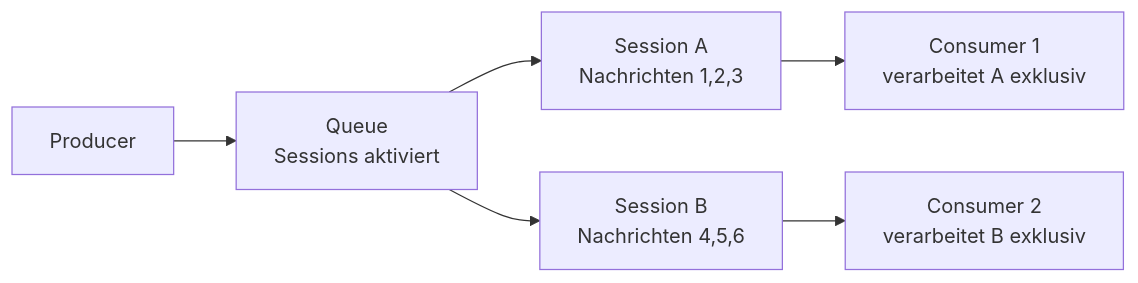
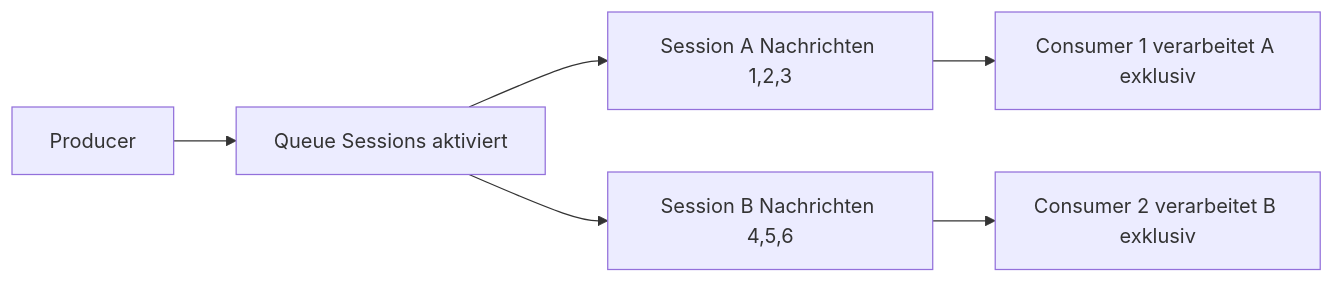
Before and after one commit to SoniiiT/notes-n-docs: the fifth of 5 diagrams in Microsoft 365/Azure/Integration und Messaging/Azure Service Bus.md, drawn with Mermaid. The commit also changed other lines of this file and 124 other files, not shown here.

First line of the commit message:
fix: Entferne \n aus allen Mermaid-Diagrammen (125 Dateien)

````diff
--- a/Microsoft 365/Azure/Integration und Messaging/Azure Service Bus.md
+++ b/Microsoft 365/Azure/Integration und Messaging/Azure Service Bus.md
@@ -164,8 +164,8 @@
 ```mermaid
 flowchart LR
-    P[Producer] --> Q[Queue\nSessions aktiviert]
-    Q --> S1[Session A\nNachrichten 1,2,3]
-    Q --> S2[Session B\nNachrichten 4,5,6]
-    S1 --> C1[Consumer 1\nverarbeitet A exklusiv]
-    S2 --> C2[Consumer 2\nverarbeitet B exklusiv]
+    P[Producer] --> Q[Queue Sessions aktiviert]
+    Q --> S1[Session A Nachrichten 1,2,3]
+    Q --> S2[Session B Nachrichten 4,5,6]
+    S1 --> C1[Consumer 1 verarbeitet A exklusiv]
+    S2 --> C2[Consumer 2 verarbeitet B exklusiv]
 ```
````
